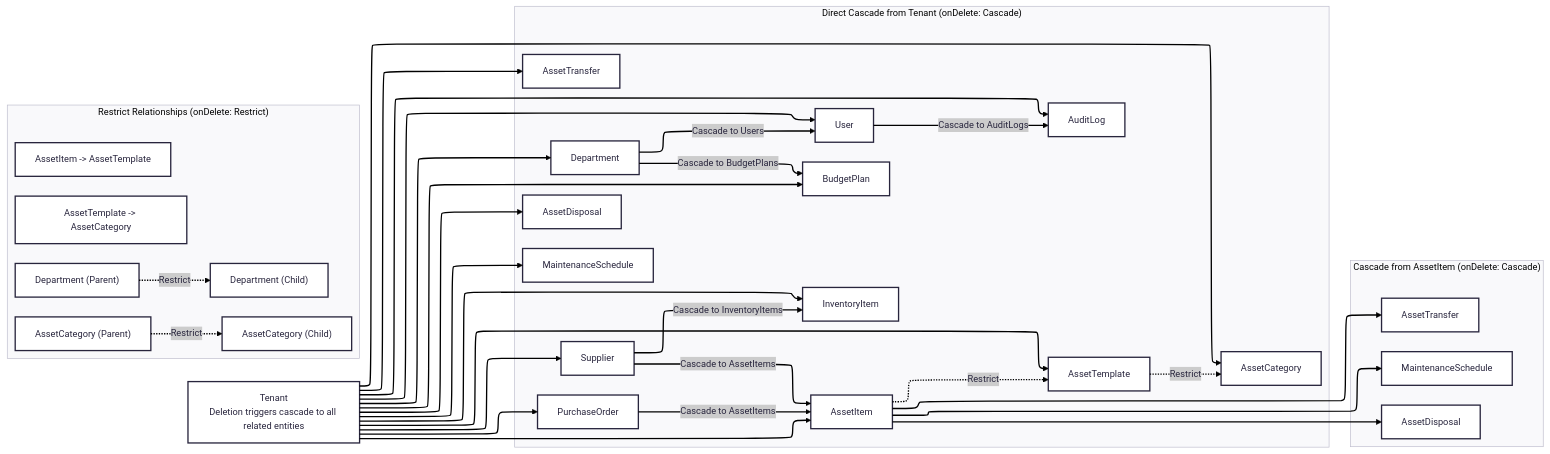
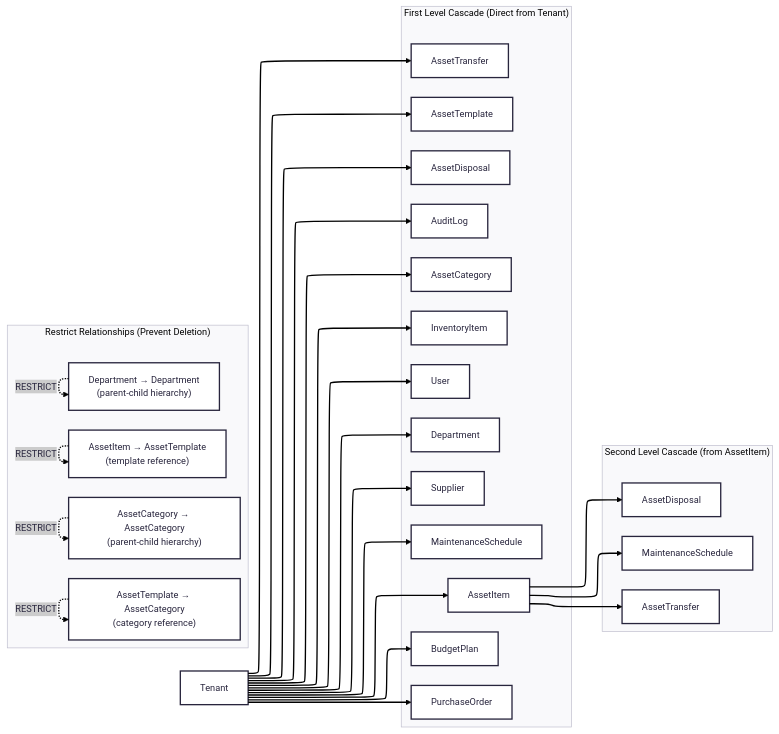
Before and after one commit to philongdanh/asset-manager: the first of 2 diagrams in docs/architecture/03-cascade-rules.md, drawn with Mermaid. The commit also changed other lines of this file and 2 other files, not shown here.

````diff
--- a/docs/architecture/03-cascade-rules.md
+++ b/docs/architecture/03-cascade-rules.md
@@ -3,53 +3,51 @@
 ```mermaid
 ---
 config:
   theme: redux
   layout: elk
   themeVariables:
     fontFamily: EB Garamond
 ---
 flowchart LR
- subgraph subGraph0["Direct Cascade from Tenant (onDelete: Cascade)"]
-    direction LR
+    Tenant["Tenant"]
+    
+    subgraph subGraph0["First Level Cascade (Direct from Tenant)"]
+        direction TB
         Department["Department"]
         User["User"]
         AssetCategory["AssetCategory"]
         AssetTemplate["AssetTemplate"]
         AssetItem["AssetItem"]
         InventoryItem["InventoryItem"]
         Supplier["Supplier"]
         PurchaseOrder["PurchaseOrder"]
         MaintenanceSchedule["MaintenanceSchedule"]
         AssetTransfer["AssetTransfer"]
         AssetDisposal["AssetDisposal"]
         BudgetPlan["BudgetPlan"]
         AuditLog["AuditLog"]
-  end
- subgraph subGraph1["Restrict Relationships (onDelete: Restrict)"]
-    direction LR
-        DepartmentParent["Department (Parent)"]
-        DepartmentChild["Department (Child)"]
-        CategoryParent["AssetCategory (Parent)"]
-        CategoryChild["AssetCategory (Child)"]
-        TemplateCategory["AssetTemplate -> AssetCategory"]
-        ItemTemplate["AssetItem -> AssetTemplate"]
-  end
- subgraph subGraph2["Cascade from AssetItem (onDelete: Cascade)"]
-    direction LR
+    end
+    
+    subgraph subGraph1["Second Level Cascade (from AssetItem)"]
+        direction TB
         Maintenance["MaintenanceSchedule"]
         Transfer["AssetTransfer"]
         Disposal["AssetDisposal"]
-  end
-    Tenant["Tenant<br>Deletion triggers cascade to all related entities"] --> Department & User & AssetCategory & AssetTemplate & AssetItem & InventoryItem & Supplier & PurchaseOrder & MaintenanceSchedule & AssetTransfer & AssetDisposal & BudgetPlan & AuditLog
-    DepartmentParent -. Restrict .-> DepartmentChild
-    CategoryParent -. Restrict .-> CategoryChild
-    AssetTemplate -. Restrict .-> AssetCategory
-    AssetItem -. Restrict .-> AssetTemplate
+    end
+    
+    subgraph subGraph2["Restrict Relationships (Prevent Deletion)"]
+        direction TB
+        DepartmentParent["Department → Department<br>(parent-child hierarchy)"]
+        CategoryParent["AssetCategory → AssetCategory<br>(parent-child hierarchy)"]
+        TemplateCategory["AssetTemplate → AssetCategory<br>(category reference)"]
+        ItemTemplate["AssetItem → AssetTemplate<br>(template reference)"]
+    end
+    
+    Tenant --> Department & User & AssetCategory & AssetTemplate & AssetItem & InventoryItem & Supplier & PurchaseOrder & MaintenanceSchedule & AssetTransfer & AssetDisposal & BudgetPlan & AuditLog
     AssetItem --> Maintenance & Transfer & Disposal
-    Department -- Cascade to Users --> User
-    Department -- Cascade to BudgetPlans --> BudgetPlan
-    User -- Cascade to AuditLogs --> AuditLog
-    Supplier -- Cascade to AssetItems --> AssetItem
-    Supplier -- Cascade to InventoryItems --> InventoryItem
-    PurchaseOrder -- Cascade to AssetItems --> AssetItem
+    
+    DepartmentParent -.->|RESTRICT| DepartmentParent
+    CategoryParent -.->|RESTRICT| CategoryParent
+    TemplateCategory -.->|RESTRICT| TemplateCategory
+    ItemTemplate -.->|RESTRICT| ItemTemplate
 ```
````
